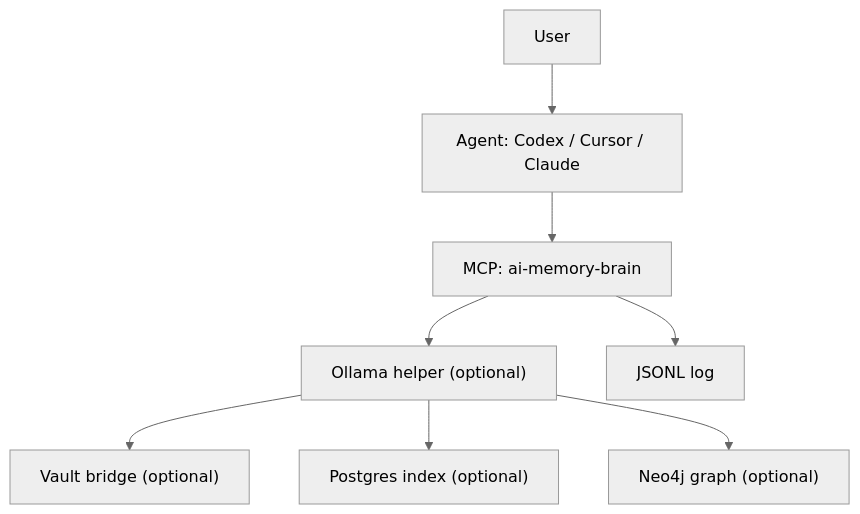
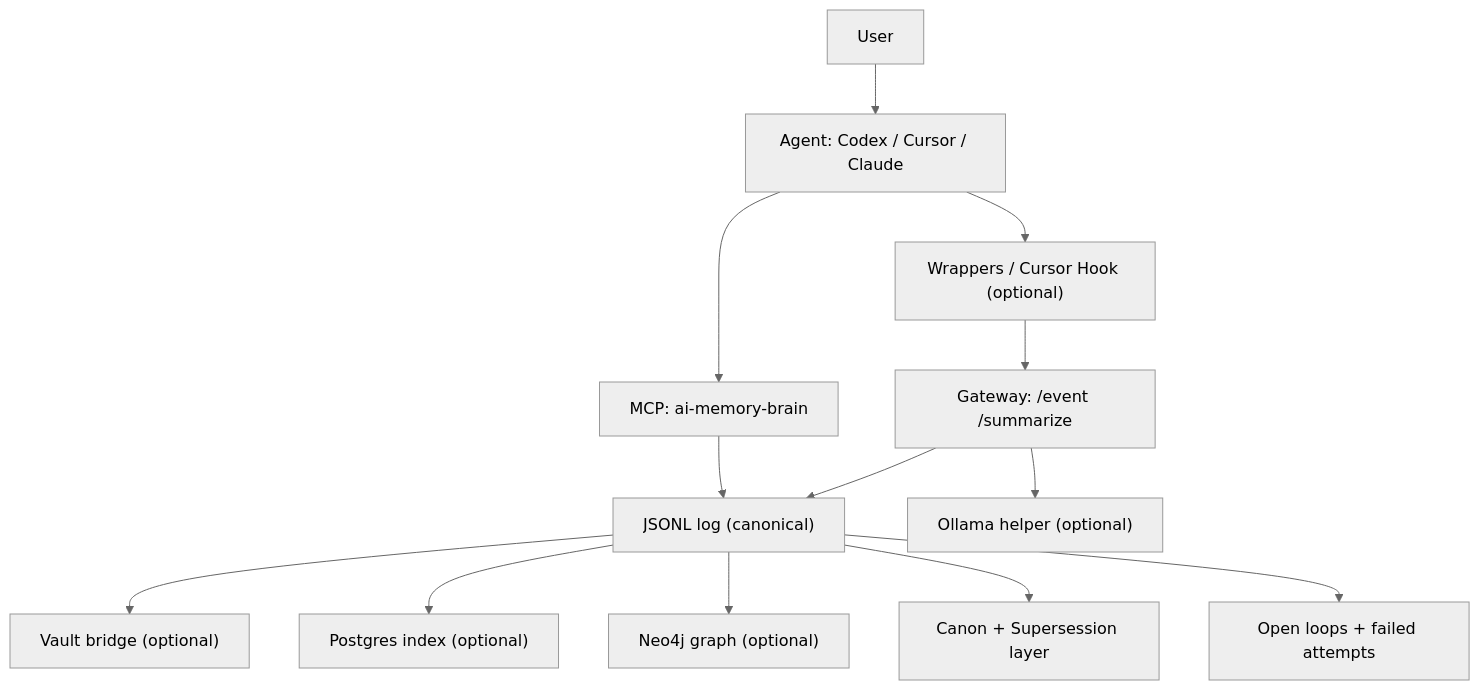
The first of 4 diagrams in README.md (akushniruk/ai-memory-brain), drawn with Mermaid (neutral theme) before and after one commit. The commit also changed other lines of this file and 18 other files, not shown here.

````diff
--- a/README.md
+++ b/README.md
@@ -56,10 +57,15 @@
 ```mermaid
 flowchart TD
   U["User"] --> A["Agent: Codex / Cursor / Claude"]
   A --> M["MCP: ai-memory-brain"]
-  M --> O["Ollama helper (optional)"]
-  M --> J["JSONL log"]
-  O --> V["Vault bridge (optional)"]
-  O --> P["Postgres index (optional)"]
-  O --> G["Neo4j graph (optional)"]
+  A --> W["Wrappers / Cursor Hook (optional)"]
+  W --> H["Gateway: /event /summarize"]
+  H --> J["JSONL log (canonical)"]
+  M --> J
+  J --> V["Vault bridge (optional)"]
+  J --> P["Postgres index (optional)"]
+  J --> G["Neo4j graph (optional)"]
+  H --> O["Ollama helper (optional)"]
+  J --> C["Canon + Supersession layer"]
+  J --> L["Open loops + failed attempts"]
 ```
````
